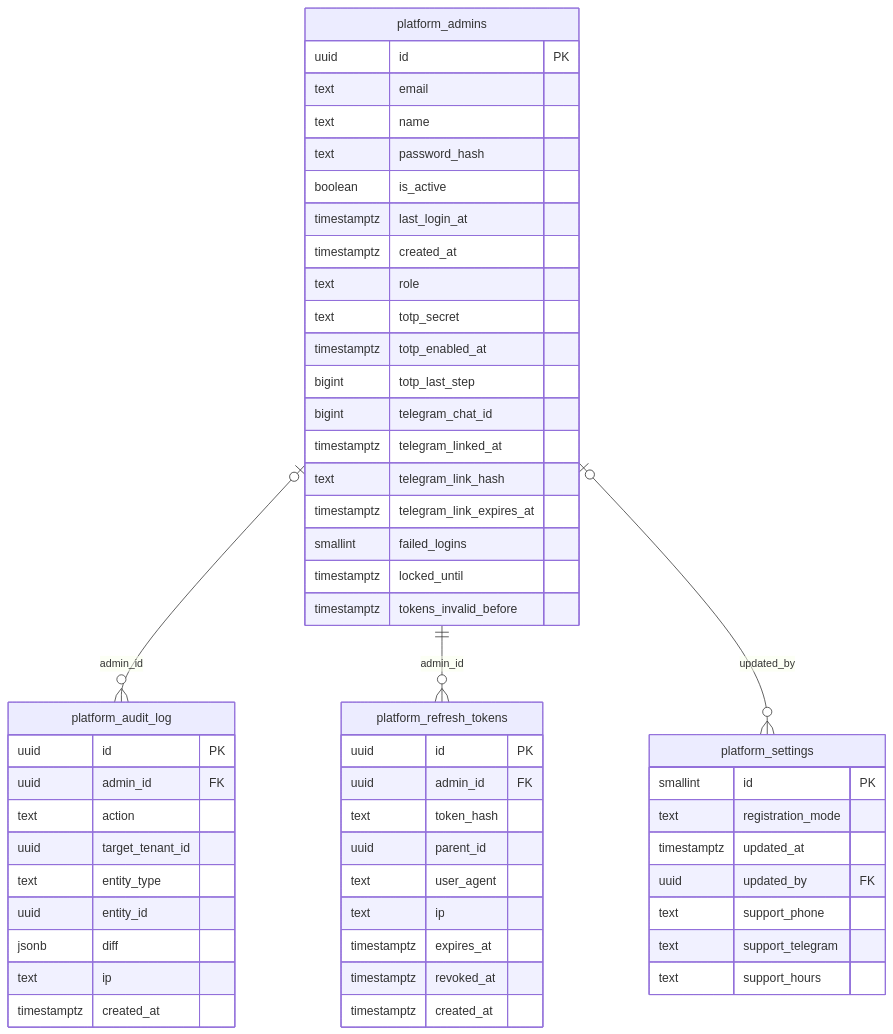
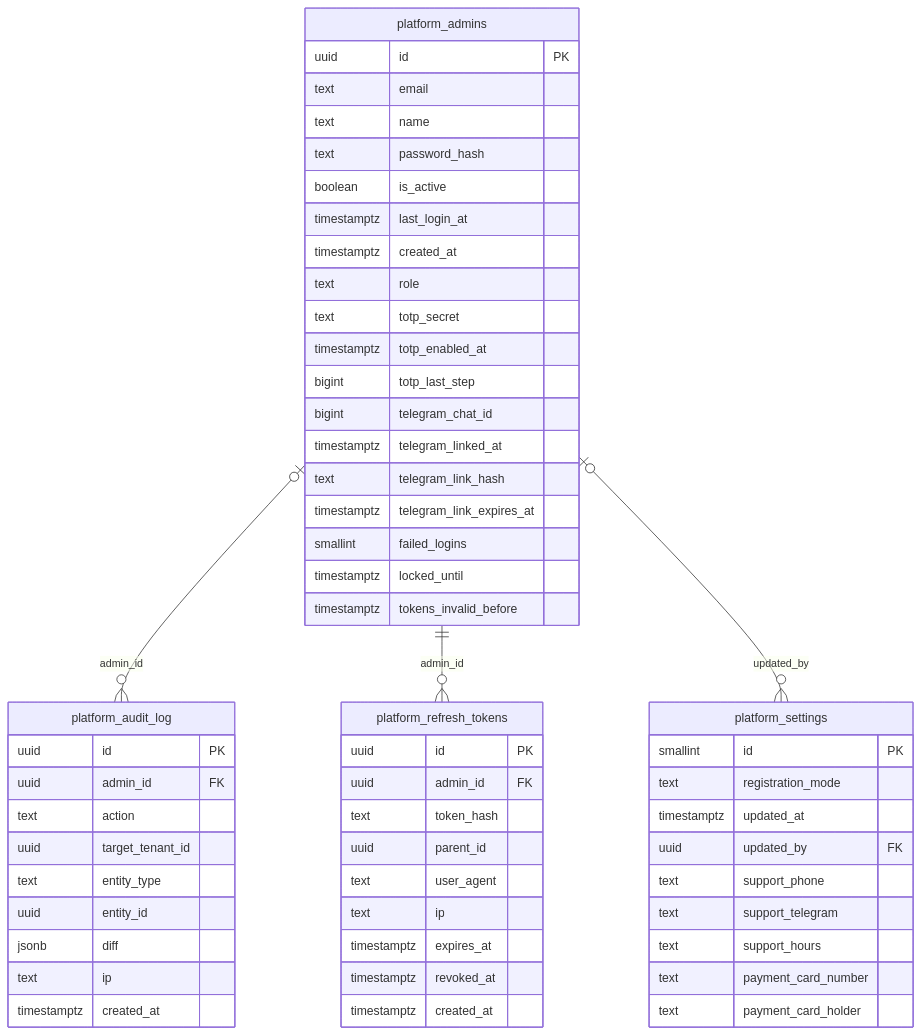
Before and after one commit to Ulugbek-Mominjonov/crm-api: the ninth of 10 diagrams in docs/database/README.md, drawn with Mermaid. The commit also changed other lines of this file and 58 other files, not shown here.

````diff
--- a/docs/database/README.md
+++ b/docs/database/README.md
@@ -1627,57 +1644,59 @@
 ```mermaid
 erDiagram
     platform_admins |o--o{ platform_audit_log : "admin_id"
     platform_admins ||--o{ platform_refresh_tokens : "admin_id"
     platform_admins |o--o{ platform_settings : "updated_by"
     platform_admins {
         uuid id PK
         text email
         text name
         text password_hash
         boolean is_active
         timestamptz last_login_at
         timestamptz created_at
         text role
         text totp_secret
         timestamptz totp_enabled_at
         bigint totp_last_step
         bigint telegram_chat_id
         timestamptz telegram_linked_at
         text telegram_link_hash
         timestamptz telegram_link_expires_at
         smallint failed_logins
         timestamptz locked_until
         timestamptz tokens_invalid_before
     }
     platform_refresh_tokens {
         uuid id PK
         uuid admin_id FK
         text token_hash
         uuid parent_id
         text user_agent
         text ip
         timestamptz expires_at
         timestamptz revoked_at
         timestamptz created_at
     }
     platform_audit_log {
         uuid id PK
         uuid admin_id FK
         text action
         uuid target_tenant_id
         text entity_type
         uuid entity_id
         jsonb diff
         text ip
         timestamptz created_at
     }
     platform_settings {
         smallint id PK
         text registration_mode
         timestamptz updated_at
         uuid updated_by FK
         text support_phone
         text support_telegram
         text support_hours
+        text payment_card_number
+        text payment_card_holder
     }
 ```
````
